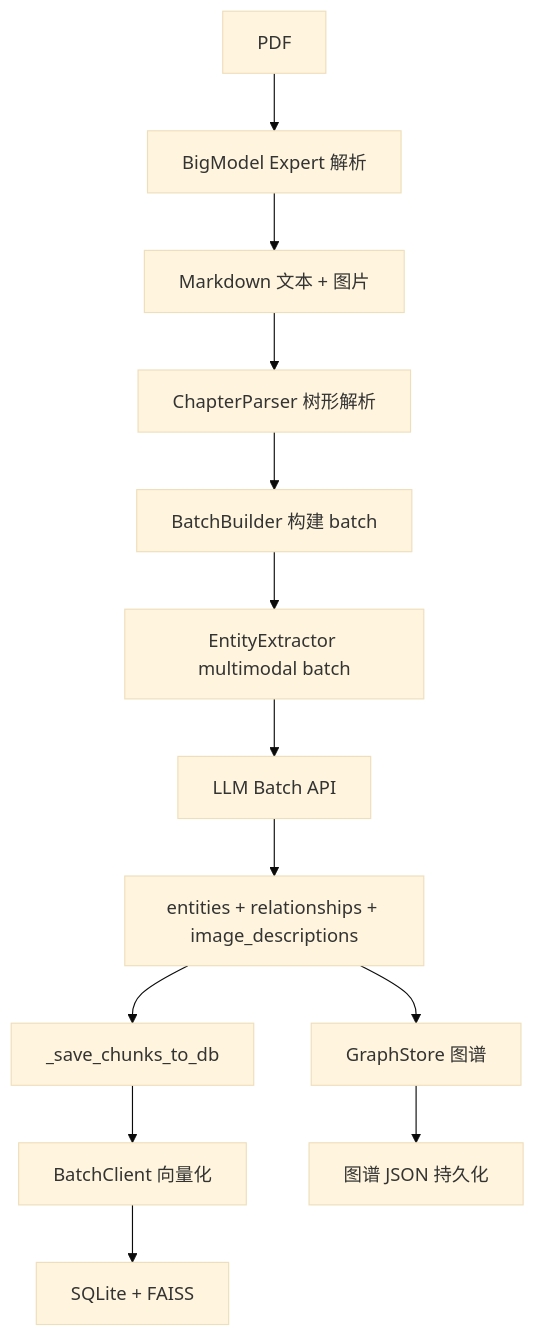
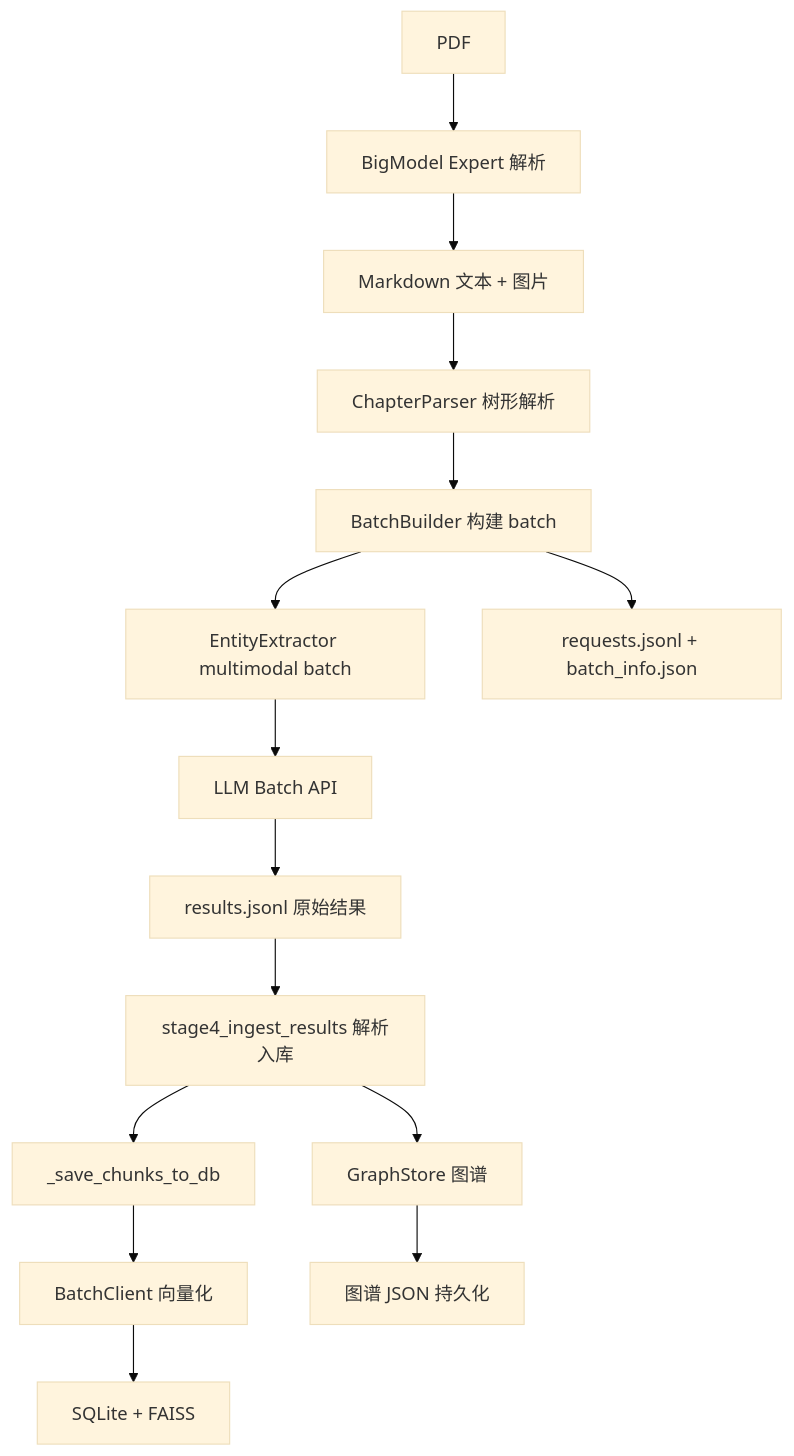
Before and after one commit to sjj-star/work-docs-library: the diagram in README.md, drawn with Mermaid (base theme). The commit also changed other lines of this file and 10 other files, not shown here.

````diff
--- a/README.md
+++ b/README.md
@@ -38,15 +38,17 @@
 ```mermaid
 flowchart TB
     A[PDF] --> B[BigModel Expert 解析]
     B --> C[Markdown 文本 + 图片]
     C --> D[ChapterParser 树形解析]
     D --> E[BatchBuilder 构建 batch]
     E --> F[EntityExtractor multimodal batch]
     F --> G[LLM Batch API]
-    G --> H[entities + relationships + image_descriptions]
-    H --> I[GraphStore 图谱]
-    H --> J[_save_chunks_to_db]
-    J --> K[BatchClient 向量化]
-    K --> L[SQLite + FAISS]
-    I --> M[图谱 JSON 持久化]
+    G --> H[results.jsonl 原始结果]
+    H --> I[stage4_ingest_results 解析入库]
+    I --> J[GraphStore 图谱]
+    I --> K[_save_chunks_to_db]
+    K --> L[BatchClient 向量化]
+    L --> M[SQLite + FAISS]
+    J --> N[图谱 JSON 持久化]
+    E --> O[requests.jsonl + batch_info.json]
 ```
````
